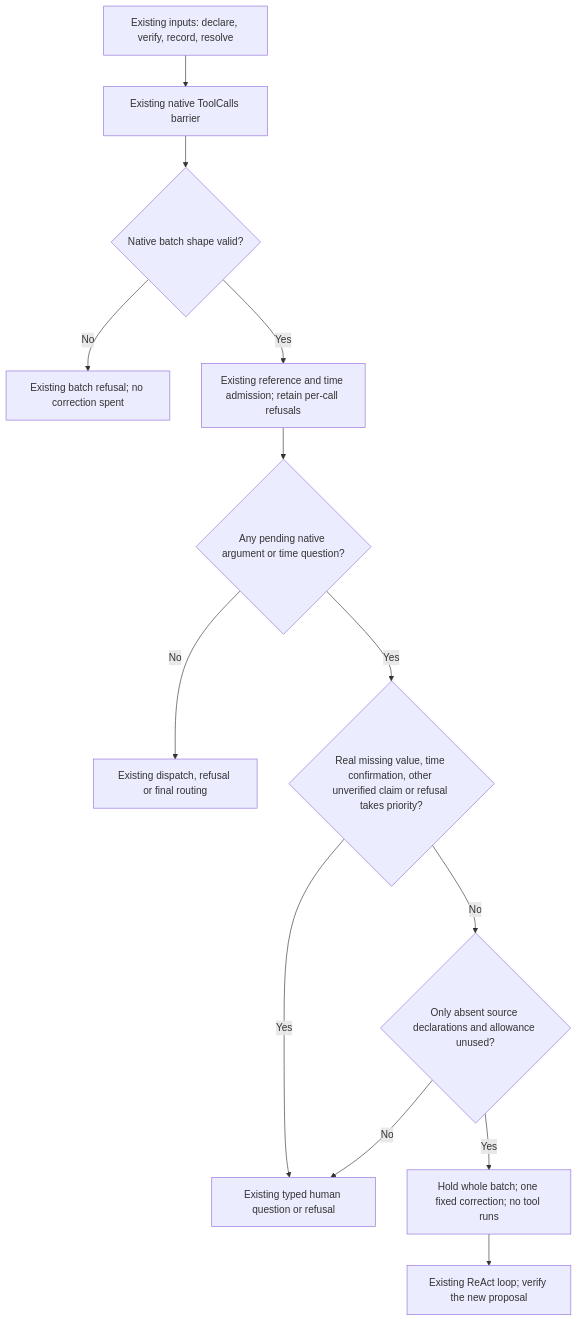
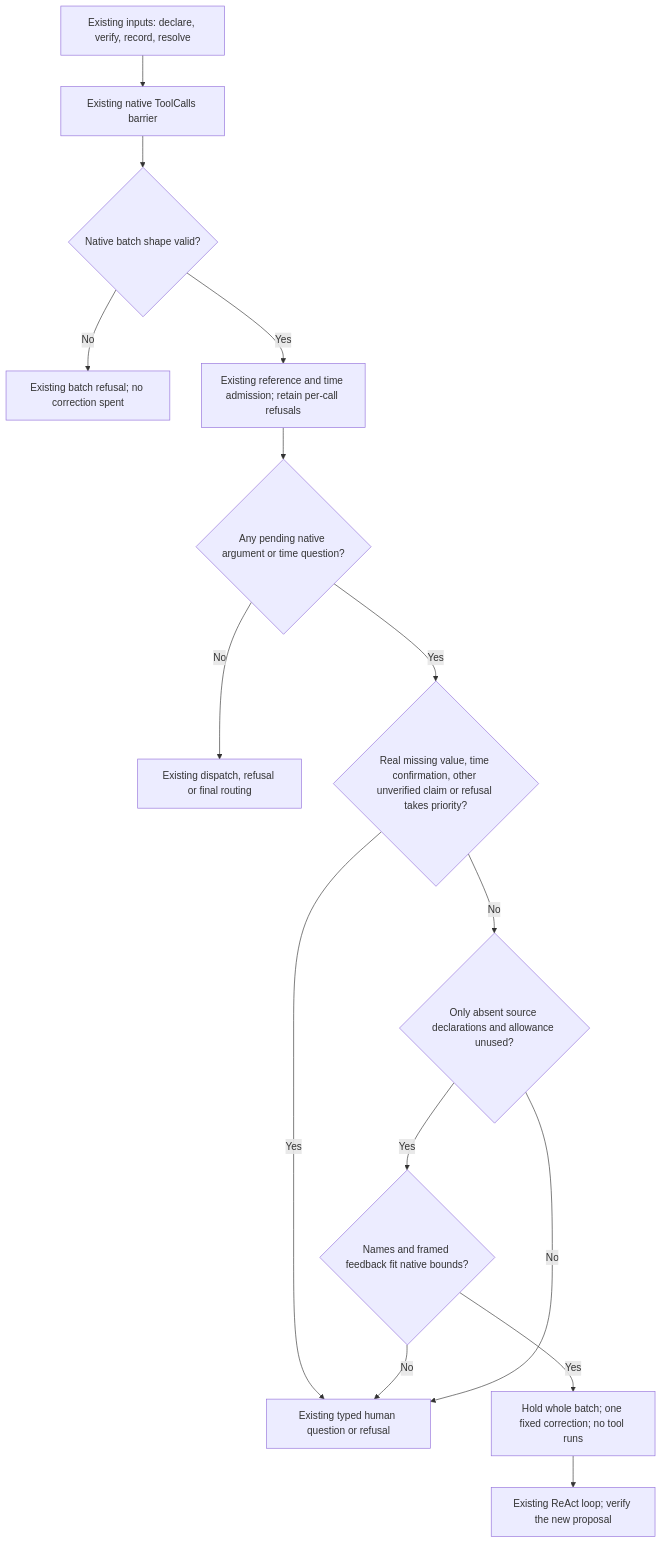
Before and after one commit to footprintjs/agentfootprint: the diagram in docs-next/content/docs/debug/source-declaration-correction.mdx, drawn with Mermaid. The commit also changed other lines of this file and 13 other files, not shown here.

First line of the commit message:
fix: show the source declaration contract in native feedback

````diff
--- a/docs-next/content/docs/debug/source-declaration-correction.mdx
+++ b/docs-next/content/docs/debug/source-declaration-correction.mdx
@@ -16,15 +18,17 @@
 ```mermaid
 flowchart TD
   A[Existing inputs: declare, verify, record, resolve] --> B[Existing native ToolCalls barrier]
   B --> C{Native batch shape valid?}
   C -->|No| D[Existing batch refusal; no correction spent]
   C -->|Yes| P[Existing reference and time admission; retain per-call refusals]
   P --> E{Any pending native argument or time question?}
   E -->|No| J[Existing dispatch, refusal or final routing]
   E -->|Yes| R{Real missing value, time confirmation, other unverified claim or refusal takes priority?}
   R -->|Yes| F[Existing typed human question or refusal]
   R -->|No| G{Only absent source declarations and allowance unused?}
-  G -->|Yes| H[Hold whole batch; one fixed correction; no tool runs]
+  G -->|Yes| T{Names and framed feedback fit native bounds?}
+  T -->|Yes| H[Hold whole batch; one fixed correction; no tool runs]
+  T -->|No| F
   H --> I[Existing ReAct loop; verify the new proposal]
   G -->|No| F
 ```
````
